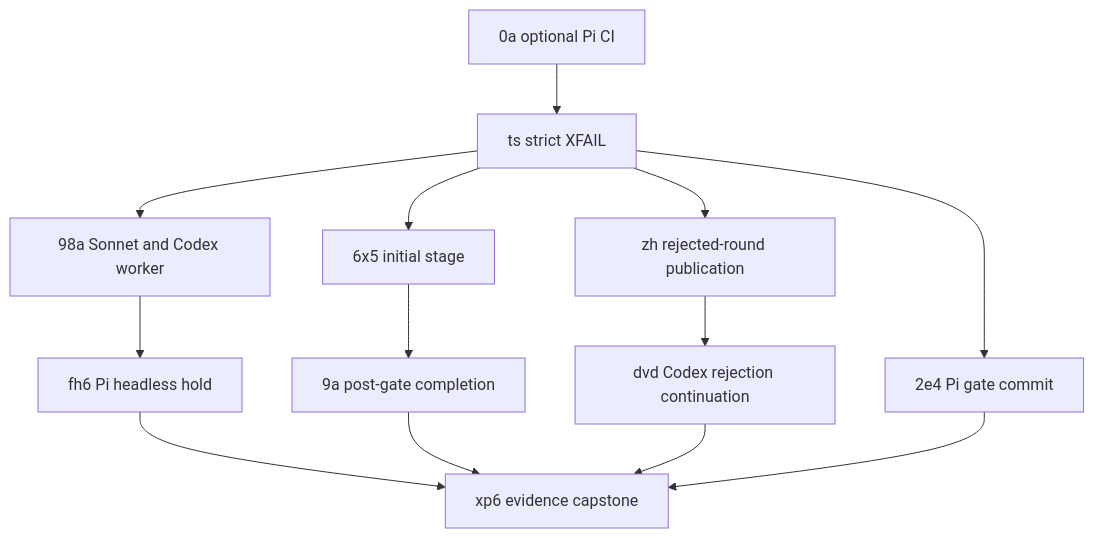
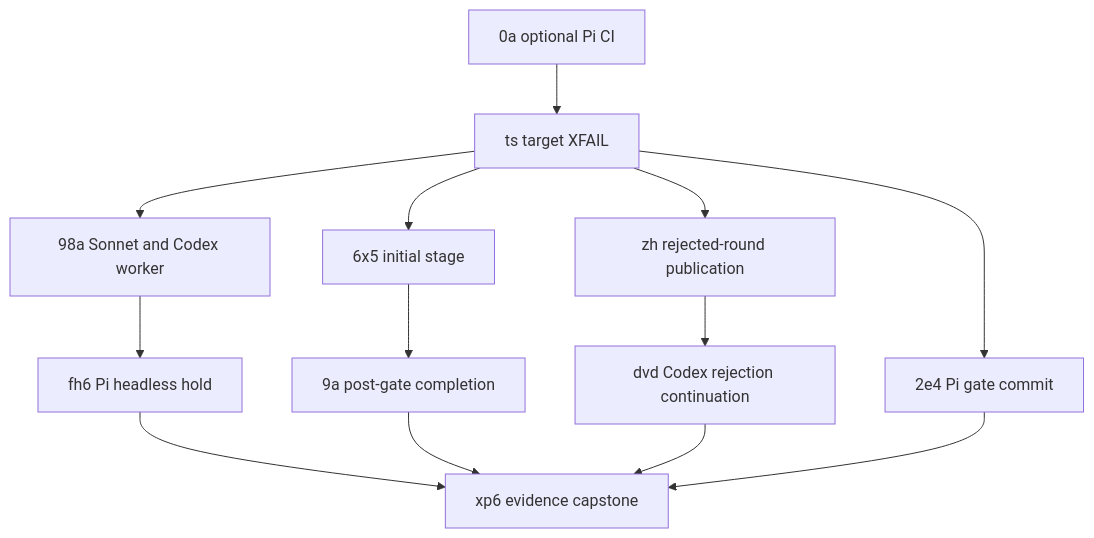
The diagram in docs/roadmap/test-behavior-completeness/index.md (spacedock-dev/spacedock), drawn with Mermaid before and after one commit. The commit also changed other lines of this file and 11 other files, not shown here.

````diff
--- a/docs/roadmap/test-behavior-completeness/index.md
+++ b/docs/roadmap/test-behavior-completeness/index.md
@@ -81,26 +81,26 @@
 ```mermaid
 flowchart TD
     A[0a optional Pi CI]
-    T[ts strict XFAIL]
+    T[ts target XFAIL]
     H[98a Sonnet and Codex worker]
     PH[fh6 Pi headless hold]
     I[6x5 initial stage]
     K[9a post-gate completion]
     R[zh rejected-round publication]
     CR[dvd Codex rejection continuation]
     PG[2e4 Pi gate commit]
     X[xp6 evidence capstone]
 
     A --> T
     T --> H
     H --> PH
     T --> I
     I --> K
     T --> R
     R --> CR
     T --> PG
     PH --> X
     K --> X
     CR --> X
     PG --> X
 ```
````
